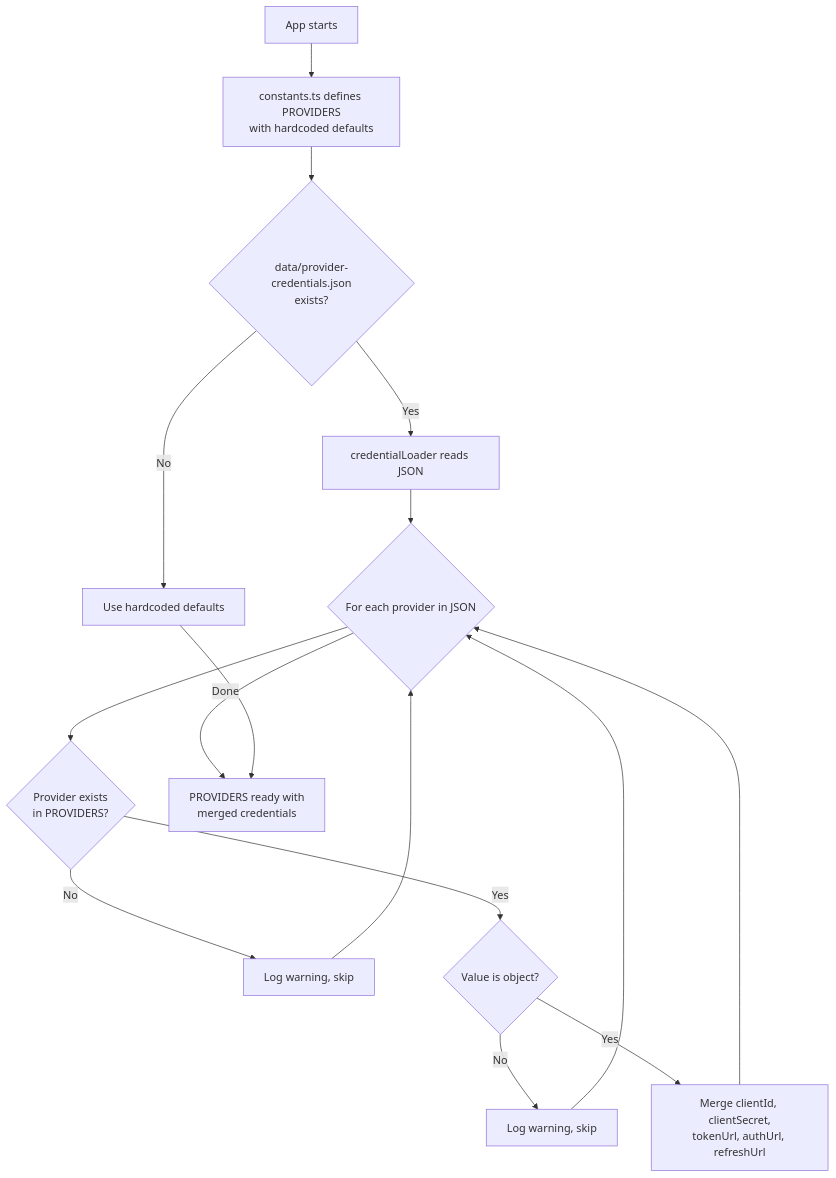
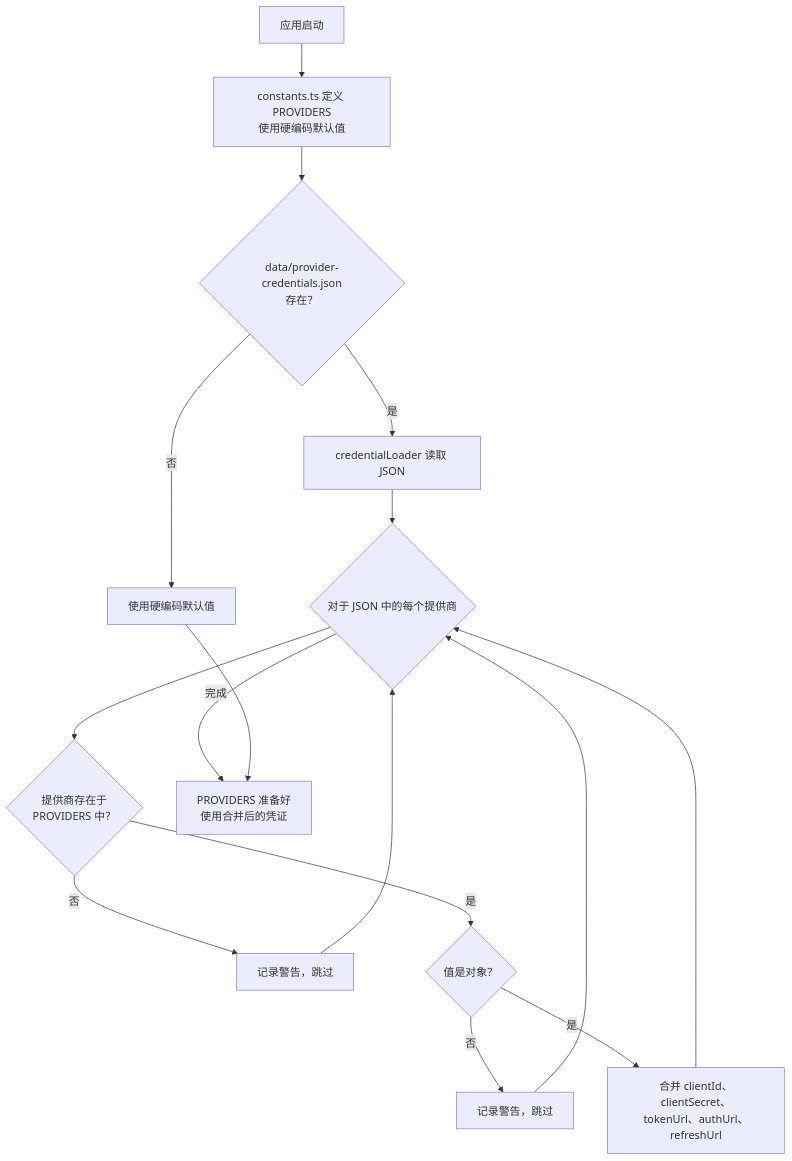
One commit to innotelinc/jesus changed the second of 12 diagrams in apps/omniroute/docs/i18n/zh-CN/CODEBASE_DOCUMENTATION.md. Above: the diagram before and after it, drawn with Mermaid. The commit also changed other lines of this file and 14 other files, not shown here.

````diff
--- a/apps/omniroute/docs/i18n/zh-CN/CODEBASE_DOCUMENTATION.md
+++ b/apps/omniroute/docs/i18n/zh-CN/CODEBASE_DOCUMENTATION.md
@@ -128,18 +124,18 @@
 ```mermaid
 flowchart TD
-    A["App starts"] --> B["constants.ts defines PROVIDERS\nwith hardcoded defaults"]
-    B --> C{"data/provider-credentials.json\nexists?"}
-    C -->|Yes| D["credentialLoader reads JSON"]
-    C -->|No| E["Use hardcoded defaults"]
-    D --> F{"For each provider in JSON"}
-    F --> G{"Provider exists\nin PROVIDERS?"}
-    G -->|No| H["Log warning, skip"]
-    G -->|Yes| I{"Value is object?"}
-    I -->|No| J["Log warning, skip"]
-    I -->|Yes| K["Merge clientId, clientSecret,\ntokenUrl, authUrl, refreshUrl"]
+    A["应用启动"] --> B["constants.ts 定义 PROVIDERS\n使用硬编码默认值"]
+    B --> C{"data/provider-credentials.json\n存在？"}
+    C -->|是| D["credentialLoader 读取 JSON"]
+    C -->|否| E["使用硬编码默认值"]
+    D --> F{"对于 JSON 中的每个提供商"}
+    F --> G{"提供商存在于\nPROVIDERS 中？"}
+    G -->|否| H["记录警告，跳过"]
+    G -->|是| I{"值是对象？"}
+    I -->|否| J["记录警告，跳过"]
+    I -->|是| K["合并 clientId、clientSecret、\ntokenUrl、authUrl、refreshUrl"]
     K --> F
     H --> F
     J --> F
-    F -->|Done| L["PROVIDERS ready with\nmerged credentials"]
+    F -->|完成| L["PROVIDERS 准备好\n使用合并后的凭证"]
     E --> L
 ```
````
